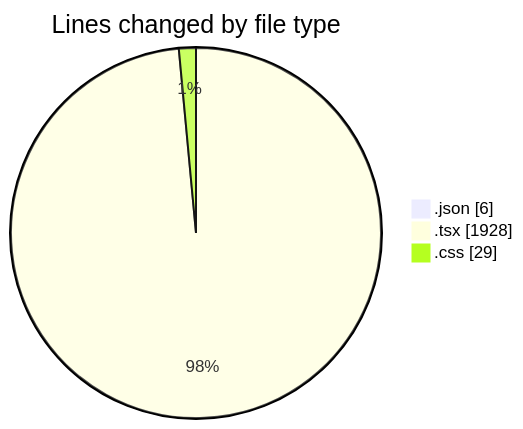
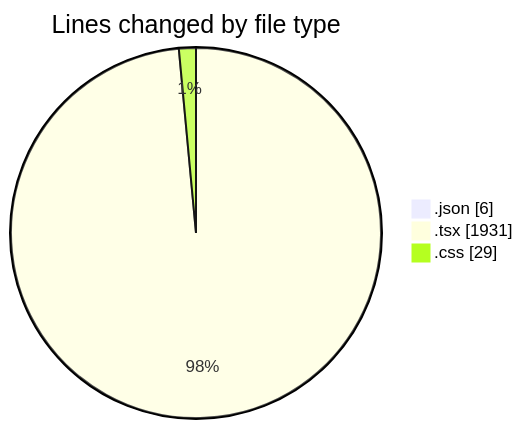
Before and after one commit to Elitesun/code-tracking: the first of 2 diagrams in 2025-04-07/sungpt/README.md, drawn with Mermaid. The commit also changed other lines of this file and 1 other file, not shown here.

````diff
--- a/2025-04-07/sungpt/README.md
+++ b/2025-04-07/sungpt/README.md
@@ -28,7 +28,7 @@
 ```mermaid
 pie showData
 title Lines changed by file type
 ".json" : 6
-".tsx" : 1928
+".tsx" : 1931
 ".css" : 29
 ```
````
